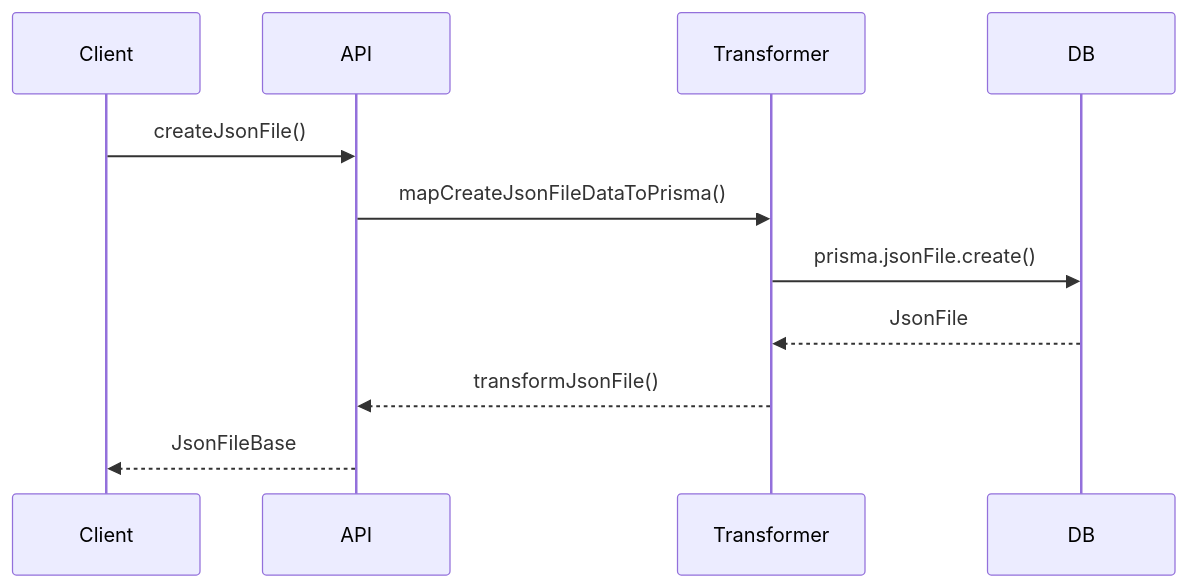
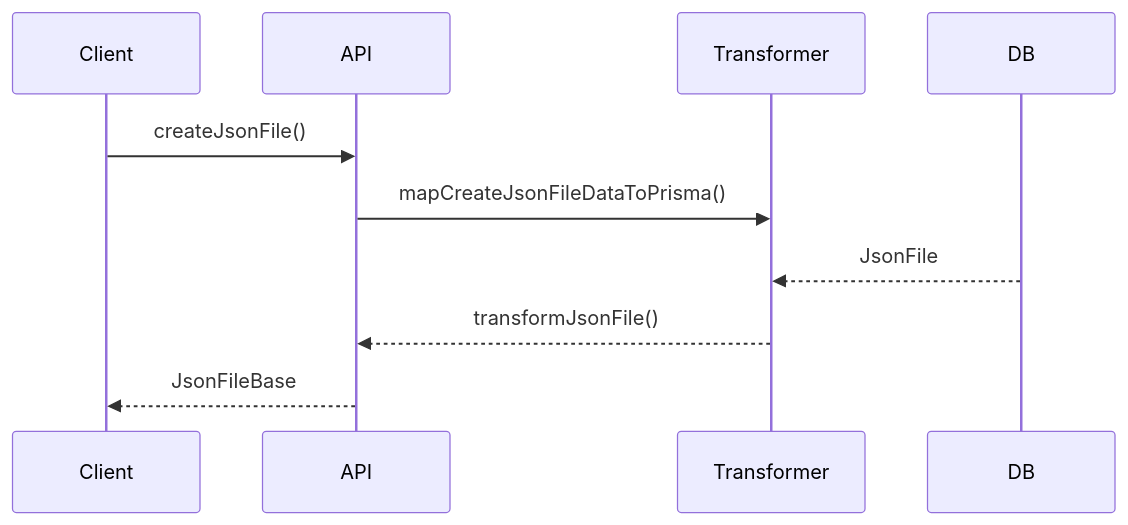
Before and after one commit to gvastethecreator/media-manager: the second of 2 diagrams in src/types/entities/json-file/documentation.md, drawn with Mermaid. The commit also changed 176 other files, not shown here.

````diff
--- a/src/types/entities/json-file/documentation.md
+++ b/src/types/entities/json-file/documentation.md
@@ -72,13 +72,13 @@
 ```mermaid
 sequenceDiagram
     participant Client
     participant API
     participant Transformer
     participant DB
     Client->>API: createJsonFile()
     API->>Transformer: mapCreateJsonFileDataToPrisma()
-    Transformer->>DB: prisma.jsonFile.create()
+    
     DB-->>Transformer: JsonFile
     Transformer-->>API: transformJsonFile()
     API-->>Client: JsonFileBase
 ```
````
